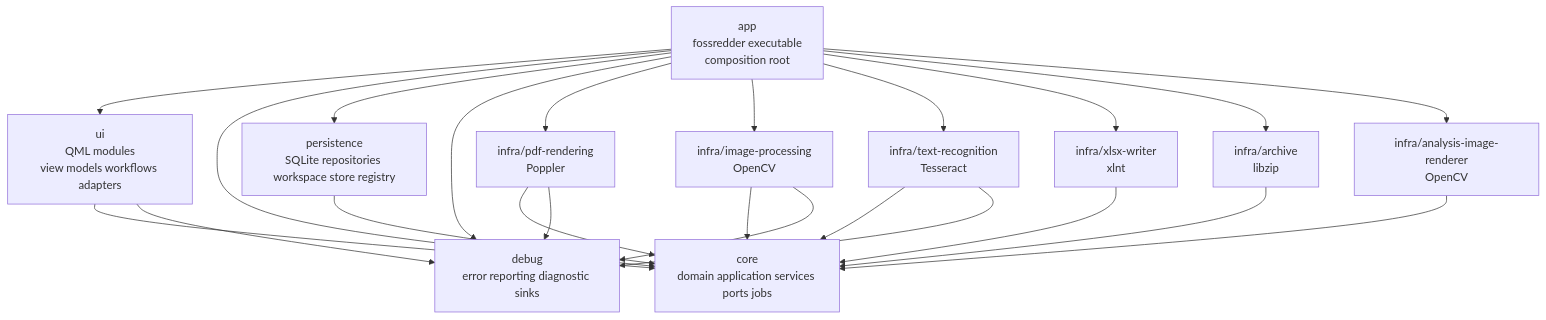
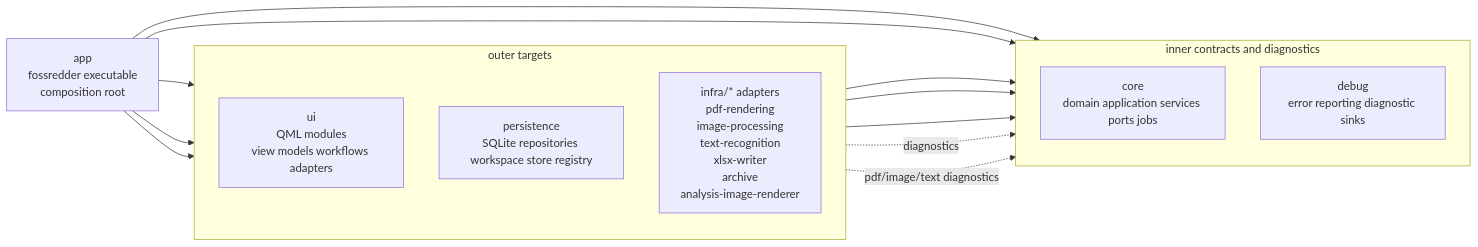
The second of 19 diagrams in docs/DESIGN.md (Wiiii90/FOSSredder), drawn with Mermaid before and after one commit.

Commit message:
docs: clarify target architecture diagram

````diff
--- a/docs/DESIGN.md
+++ b/docs/DESIGN.md
@@ -154,38 +154,30 @@
 ```mermaid
-flowchart TD
+flowchart LR
   App["app<br/>fossredder executable<br/>composition root"]
-  UI["ui<br/>QML modules<br/>view models workflows adapters"]
-  Core["core<br/>domain application services ports jobs"]
-  Persistence["persistence<br/>SQLite repositories workspace store registry"]
-  Debug["debug<br/>error reporting diagnostic sinks"]
-  InfraPdf["infra/pdf-rendering<br/>Poppler"]
-  InfraImage["infra/image-processing<br/>OpenCV"]
-  InfraText["infra/text-recognition<br/>Tesseract"]
-  InfraXlsx["infra/xlsx-writer<br/>xlnt"]
-  InfraArchive["infra/archive<br/>libzip"]
-  InfraAnalysis["infra/analysis-image-renderer<br/>OpenCV"]
 
+  subgraph Outer["outer targets"]
+    direction TB
+    UI["ui<br/>QML modules<br/>view models workflows adapters"]
+    Persistence["persistence<br/>SQLite repositories workspace store registry"]
+    Infra["infra/* adapters<br/>pdf-rendering<br/>image-processing<br/>text-recognition<br/>xlsx-writer<br/>archive<br/>analysis-image-renderer"]
+  end
+
+  subgraph Inner["inner contracts and diagnostics"]
+    direction TB
+    Core["core<br/>domain application services ports jobs"]
+    Debug["debug<br/>error reporting diagnostic sinks"]
+  end
+
+  App --> Core
+  App --> Debug
   App --> UI
-  App --> Core
   App --> Persistence
-  App --> Debug
-  App --> InfraPdf
-  App --> InfraImage
-  App --> InfraText
-  App --> InfraXlsx
-  App --> InfraArchive
-  App --> InfraAnalysis
+  App --> Infra
 
   UI --> Core
-  UI --> Debug
   Persistence --> Core
-  InfraPdf --> Core
-  InfraImage --> Core
-  InfraText --> Core
-  InfraXlsx --> Core
-  InfraArchive --> Core
-  InfraAnalysis --> Core
-  InfraPdf --> Debug
-  InfraImage --> Debug
-  InfraText --> Debug
+  Infra --> Core
+
+  UI -. diagnostics .-> Debug
+  Infra -. pdf/image/text diagnostics .-> Debug
 ```
````
